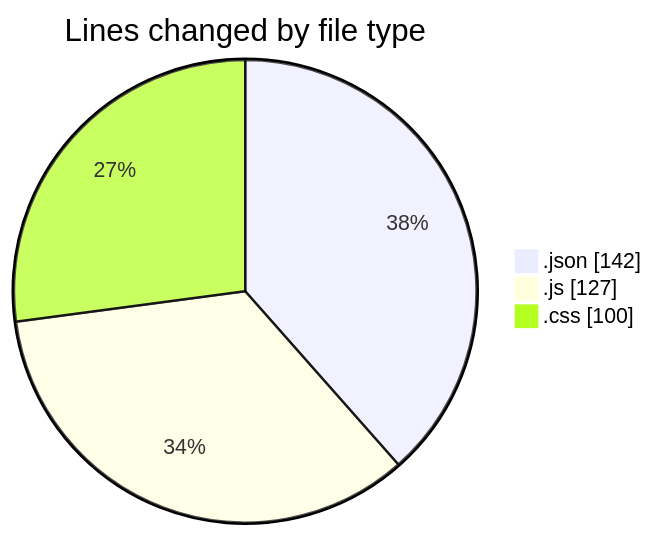
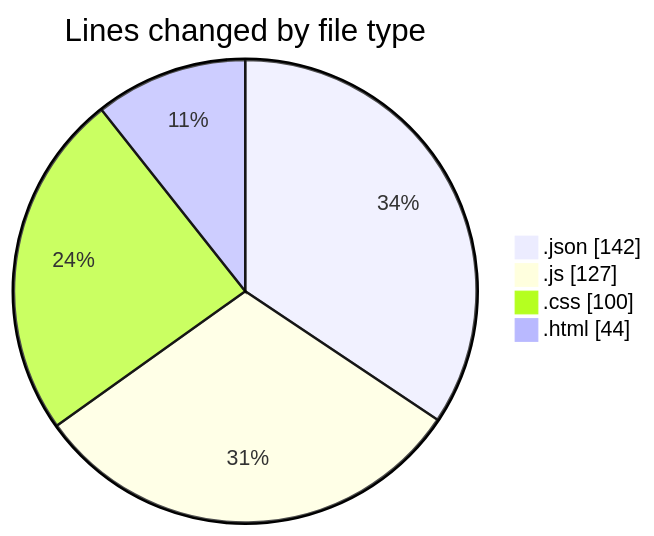
Before and after one commit to donsfak/code-tracking: the first of 2 diagrams in 2025-03-13/ai_agent/README.md, drawn with Mermaid. The commit also changed other lines of this file and 1 other file, not shown here.

````diff
--- a/2025-03-13/ai_agent/README.md
+++ b/2025-03-13/ai_agent/README.md
@@ -23,7 +24,8 @@
 ```mermaid
 pie showData
 title Lines changed by file type
 ".json" : 142
 ".js" : 127
 ".css" : 100
+".html" : 44
 ```
````
